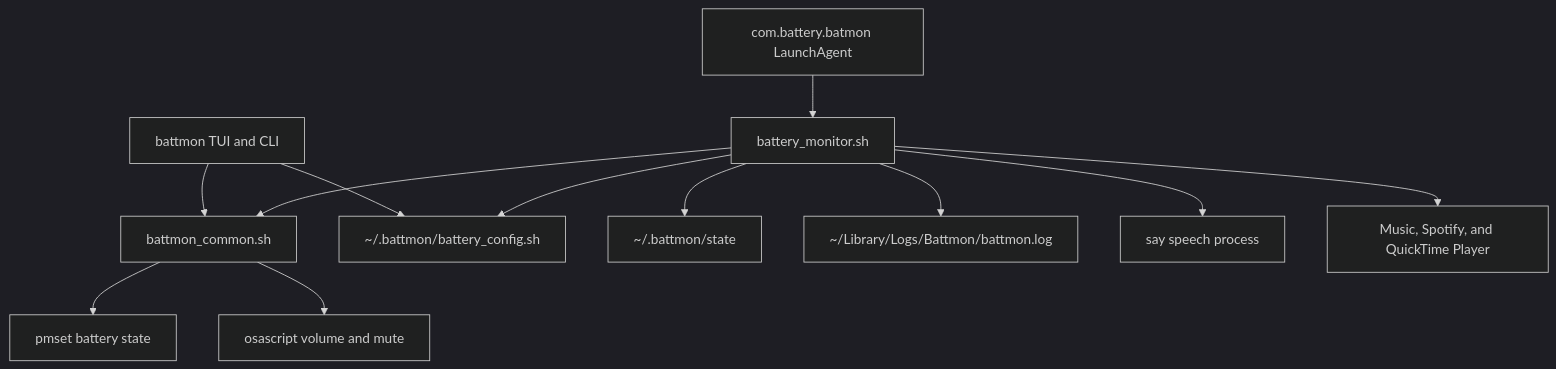
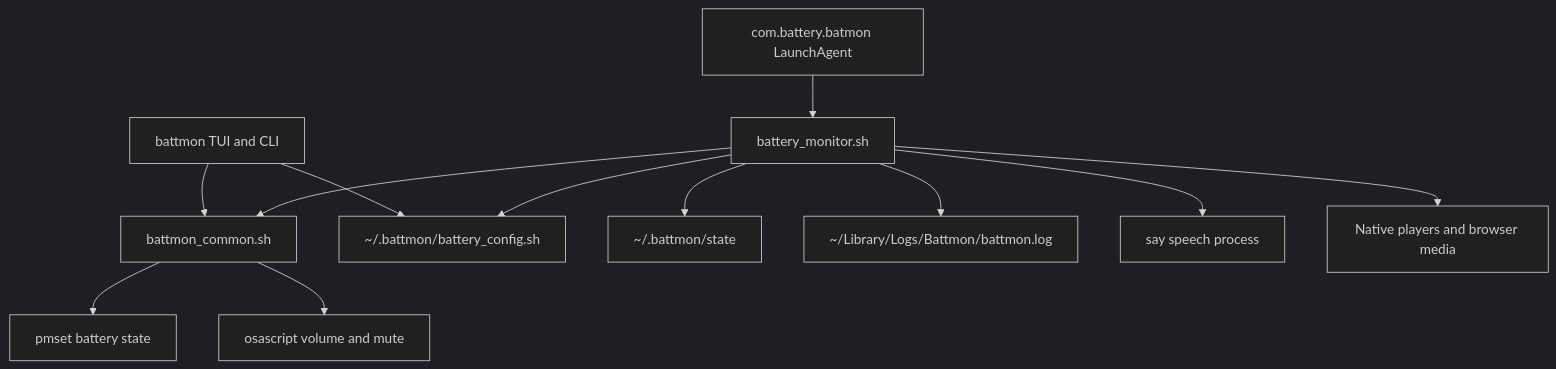
Before and after one commit to mufasa-debug/battmon: the diagram in DEVELOPER_GUIDE.md, drawn with Mermaid (dark theme). The commit also changed other lines of this file and 6 other files, not shown here.

Commit message:
Fix monitor lock and support browser media

````diff
--- a/DEVELOPER_GUIDE.md
+++ b/DEVELOPER_GUIDE.md
@@ -7,14 +7,14 @@
 ```mermaid
 flowchart TD
     CLI["battmon TUI and CLI"] --> COMMON["battmon_common.sh"]
     MONITOR["battery_monitor.sh"] --> COMMON
     CLI --> CONFIG["~/.battmon/battery_config.sh"]
     MONITOR --> CONFIG
     LAUNCHD["com.battery.batmon LaunchAgent"] --> MONITOR
     MONITOR --> STATE["~/.battmon/state"]
     MONITOR --> LOG["~/Library/Logs/Battmon/battmon.log"]
     COMMON --> PMSET["pmset battery state"]
     COMMON --> AUDIO["osascript volume and mute"]
     MONITOR --> SAY["say speech process"]
-    MONITOR --> MEDIA["Music, Spotify, and QuickTime Player"]
+    MONITOR --> MEDIA["Native players and browser media"]
 ```
````
